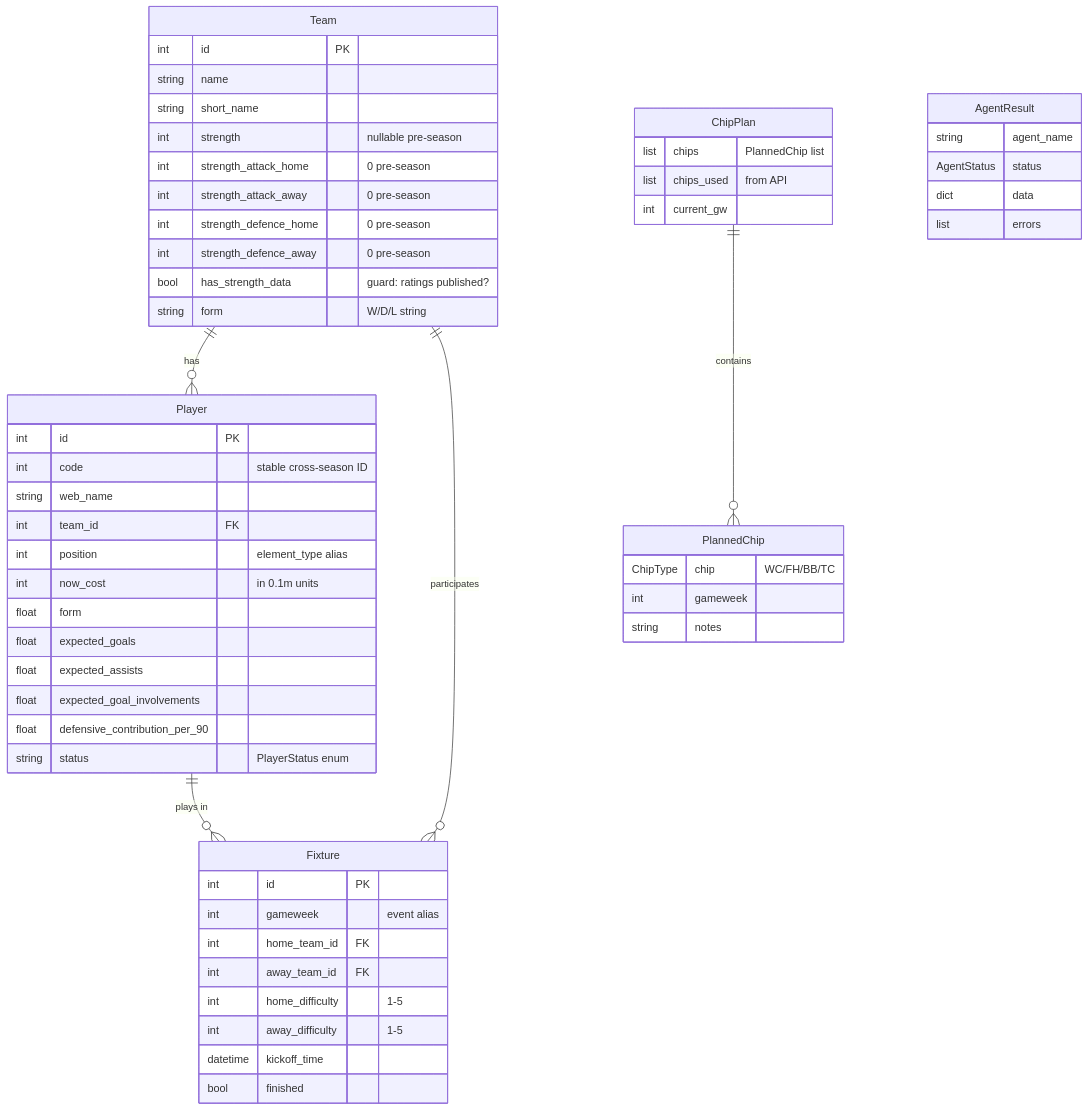
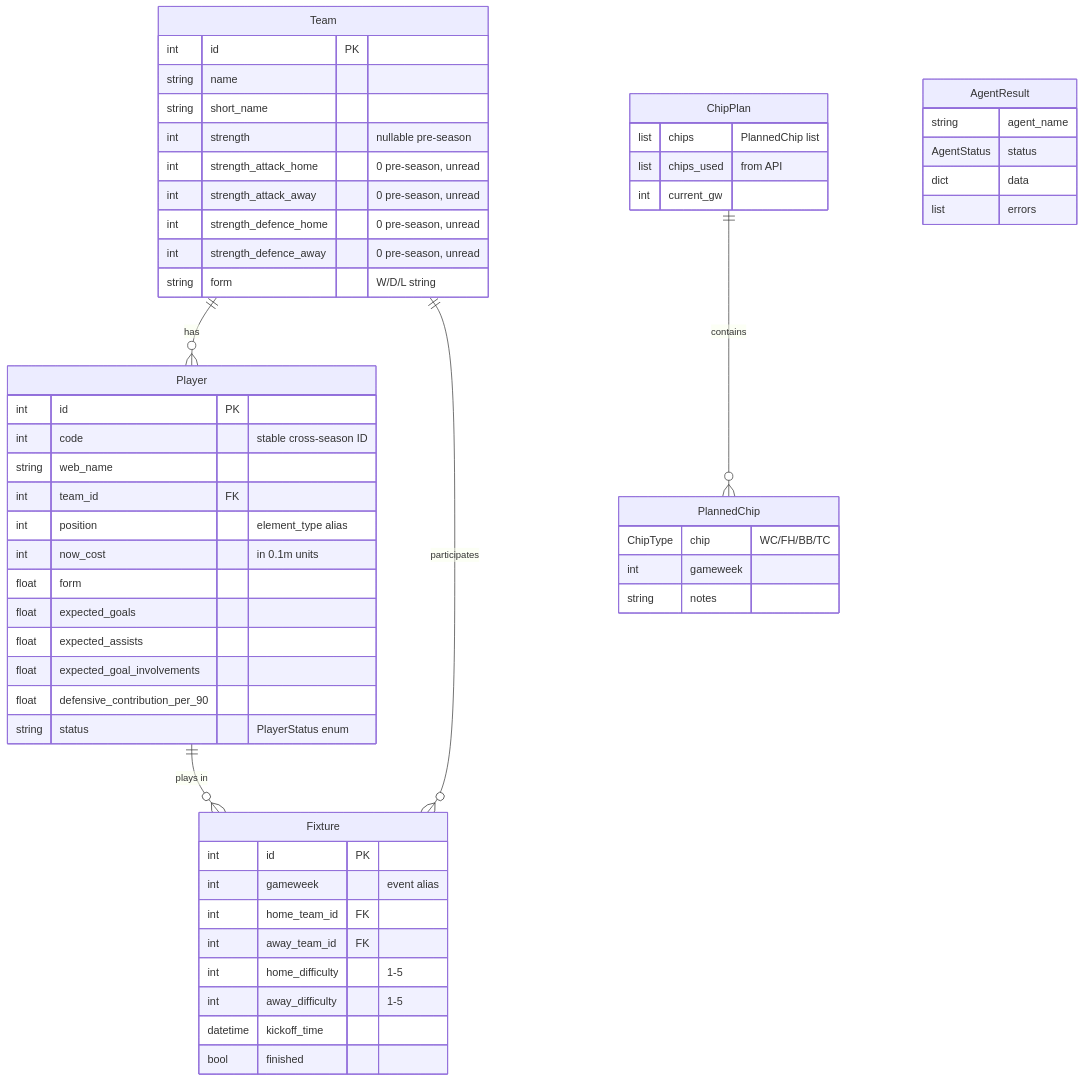
One commit to rossgroomio/fpl-cli changed the sixth of 7 diagrams in docs/architecture.md. Above: the diagram before and after it, drawn with Mermaid. The commit also changed 2 other files, not shown here.

Commit message:
refactor: drop unreached has_strength_data guard
Review on #49 established the property has no production consumers:
nothing under fpl_cli/ reads strength_attack_* or strength_defence_*, so
the zeroed pre-season axes never reach a difficulty calculation and there
is nothing for the guard to protect. It came from #44's suggested fix,
whose evidence table lists those fields as driving pFDR; they do not.
Fixture difficulty is served entirely by TeamRatingsService off its own
1-7 ratings.

Removing it leaves both real fixes untouched: the int | None widening
that resolves the #43 crash, and _seed_from_prior plus is_uniform /
has_ratings, which is what actually stops pre-season pFDR collapsing to
one value per team.

The pre-season API shape is still documented - as a note on the fields
and a test pinning that only `strength` arrives null while the axes
arrive as 0 - so a future consumer of those fields has the hazard in
front of it without shipping an unreached guard.

Claude-Session: https://claude.ai/code/session_01GCnpaaAUFzcZ8GAzMzYyEu

````diff
--- a/docs/architecture.md
+++ b/docs/architecture.md
@@ -426,66 +426,65 @@
 ```mermaid
 erDiagram
     Player ||--o{ Fixture : "plays in"
     Team ||--o{ Player : "has"
     Team ||--o{ Fixture : "participates"
 
     Player {
         int id PK
         int code "stable cross-season ID"
         string web_name
         int team_id FK
         int position "element_type alias"
         int now_cost "in 0.1m units"
         float form
         float expected_goals
         float expected_assists
         float expected_goal_involvements
         float defensive_contribution_per_90
         string status "PlayerStatus enum"
     }
 
     Fixture {
         int id PK
         int gameweek "event alias"
         int home_team_id FK
         int away_team_id FK
         int home_difficulty "1-5"
         int away_difficulty "1-5"
         datetime kickoff_time
         bool finished
     }
 
     Team {
         int id PK
         string name
         string short_name
         int strength "nullable pre-season"
-        int strength_attack_home "0 pre-season"
-        int strength_attack_away "0 pre-season"
-        int strength_defence_home "0 pre-season"
-        int strength_defence_away "0 pre-season"
-        bool has_strength_data "guard: ratings published?"
+        int strength_attack_home "0 pre-season, unread"
+        int strength_attack_away "0 pre-season, unread"
+        int strength_defence_home "0 pre-season, unread"
+        int strength_defence_away "0 pre-season, unread"
         string form "W/D/L string"
     }
 
     ChipPlan {
         list chips "PlannedChip list"
         list chips_used "from API"
         int current_gw
     }
 
     ChipPlan ||--o{ PlannedChip : "contains"
 
     PlannedChip {
         ChipType chip "WC/FH/BB/TC"
         int gameweek
         string notes
     }
 
     AgentResult {
         string agent_name
         AgentStatus status
         dict data
         list errors
     }
 ```
````
